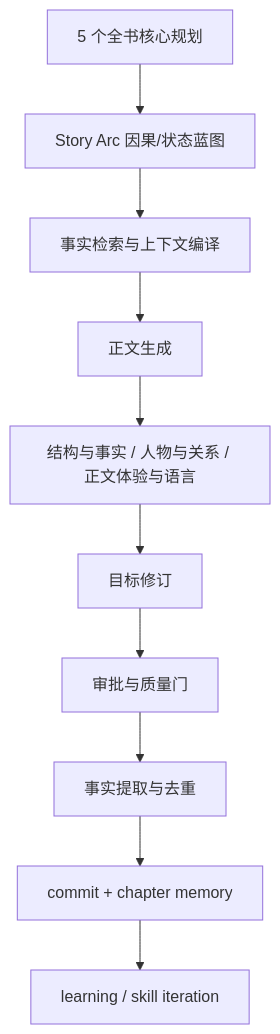
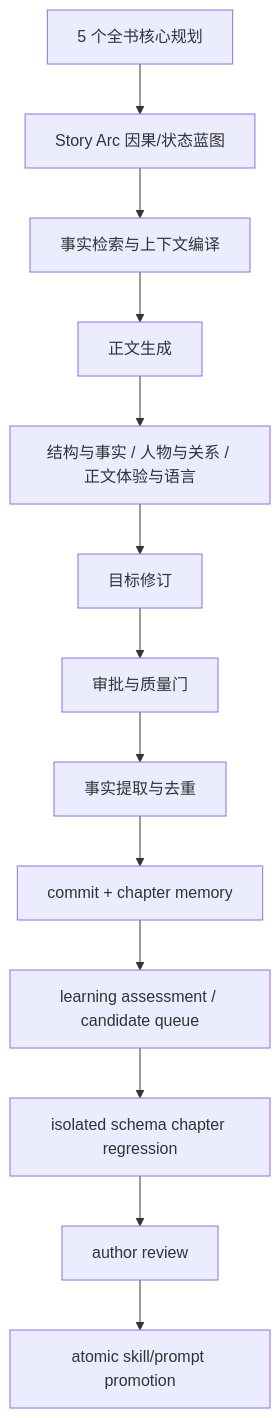
The diagram in docs/novel-v2/workflow-map.md (CodeyLife/CreativeStudio), drawn with Mermaid before and after one commit. The commit also changed other lines of this file and 71 other files, not shown here.

```diff
--- a/docs/novel-v2/workflow-map.md
+++ b/docs/novel-v2/workflow-map.md
@@ -7,12 +7,15 @@
 ~~~mermaid
 flowchart TD
   P["5 个全书核心规划"] --> A["Story Arc 因果/状态蓝图"]
   A --> C["事实检索与上下文编译"]
   C --> D["正文生成"]
   D --> R["结构与事实 / 人物与关系 / 正文体验与语言"]
   R --> V["目标修订"]
   V --> G["审批与质量门"]
   G --> F["事实提取与去重"]
   F --> M["commit + chapter memory"]
-  M --> L["learning / skill iteration"]
+  M --> L["learning assessment / candidate queue"]
+  L --> E["isolated schema chapter regression"]
+  E --> H["author review"]
+  H --> S["atomic skill/prompt promotion"]
 ~~~
```
